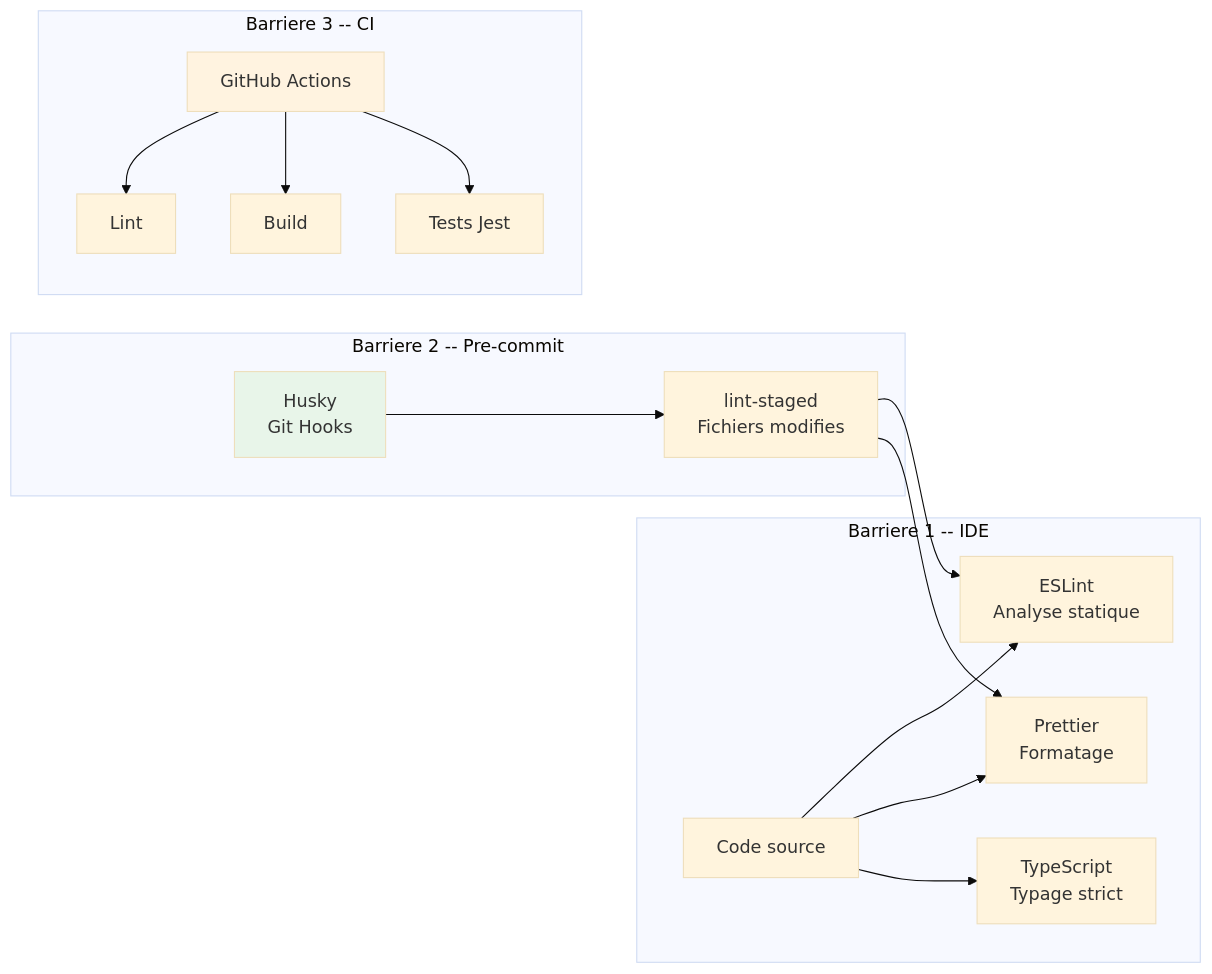
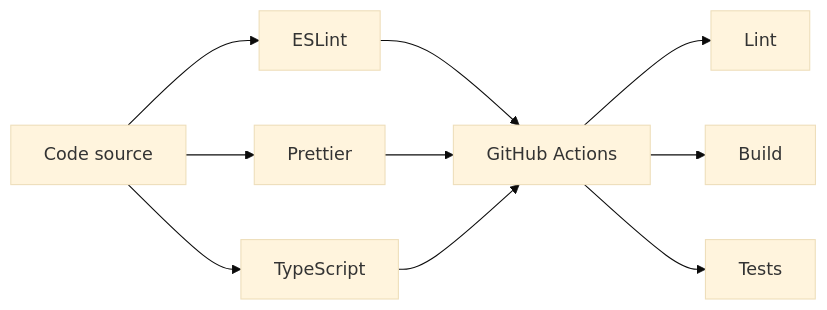
Before and after one commit to CitizenAlert/CitizenAlert: the seventh of 8 diagrams in docs/METHODOLOGIE.md, drawn with Mermaid (base theme). The commit also changed other lines of this file and 13 other files, not shown here.

````diff
--- a/docs/METHODOLOGIE.md
+++ b/docs/METHODOLOGIE.md
@@ -521,23 +479,12 @@
 ```mermaid
 graph LR
-    subgraph "Barriere 1 -- IDE"
-        CODE[Code source] --> ESLINT[ESLint<br/>Analyse statique]
-        CODE --> PRETTIER[Prettier<br/>Formatage]
-        CODE --> TS[TypeScript<br/>Typage strict]
-    end
-
-    subgraph "Barriere 2 -- Pre-commit"
-        HUSKY[Husky<br/>Git Hooks] --> STAGED[lint-staged<br/>Fichiers modifies]
-        STAGED --> ESLINT
-        STAGED --> PRETTIER
-    end
-
-    subgraph "Barriere 3 -- CI"
-        GH[GitHub Actions] --> LINT[Lint]
-        GH --> BUILD[Build]
-        GH --> TEST[Tests Jest]
-    end
-
-    style HUSKY fill:#e8f5e9
-    style GH fill:#fff3e0
+    CODE[Code source] --> ESLINT[ESLint]
+    CODE --> PRETTIER[Prettier]
+    CODE --> TS[TypeScript]
+    ESLINT --> GH[GitHub Actions]
+    PRETTIER --> GH
+    TS --> GH
+    GH --> LINT[Lint]
+    GH --> BUILD[Build]
+    GH --> TEST[Tests]
 ```
````
